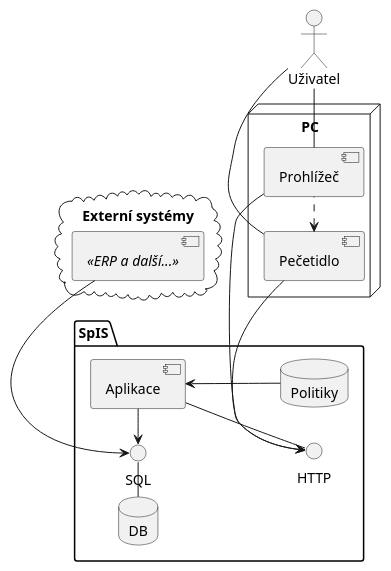
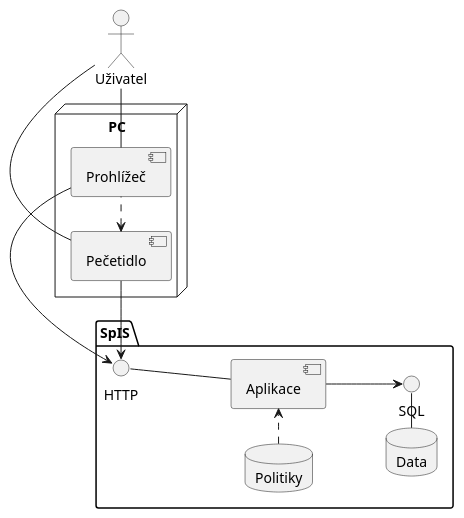
The ninth of 11 diagrams in doc/technicka-specifikace.adoc (techlib/spis), drawn with PlantUML before and after one commit. The commit also changed other lines of this file, not shown here.

Commit message:
ts: Rozšíření a lepší zpracování datové vrstvy
Resolves: #4

```diff
--- a/doc/technicka-specifikace.adoc
+++ b/doc/technicka-specifikace.adoc
@@ -542,35 +542,33 @@
 [plantuml,align="center"]
 ....
 @startuml
 left to right direction
 
 package "SpIS" {
+  component Aplikace
+  database Data
+  database Politiky
   () HTTP
-  HTTP -u- [Aplikace]
+  () SQL
 
-  database "DB"
-  () SQL
-  [Aplikace] -l-> SQL
-  [DB] - SQL
-
-  database "Politiky"
-  Politiky -u-> [Aplikace]
+  HTTP -- Aplikace
+  Aplikace -d-> SQL
+  Politiky .r.> Aplikace
+  SQL -l- Data
 }
 
 node "PC" {
-  [Prohlížeč] -> HTTP
-  [Prohlížeč] .l.> [Pečetidlo]
-  [Pečetidlo] -> HTTP
+  component Prohlížeč
+  component Pečetidlo
+
+  Prohlížeč -> HTTP
+  Prohlížeč .l.> Pečetidlo
+  Pečetidlo -> HTTP
 }
 
 actor :Uživatel:
 
-:Uživatel: - [Prohlížeč]
-:Uživatel: - [Pečetidlo]
-
-cloud "Externí systémy" {
-  [ ] <<ERP a další...>> as Ext1
-  [Ext1] -> SQL
-}
+:Uživatel: - Prohlížeč
+:Uživatel: - Pečetidlo
 @enduml
 ....
```
